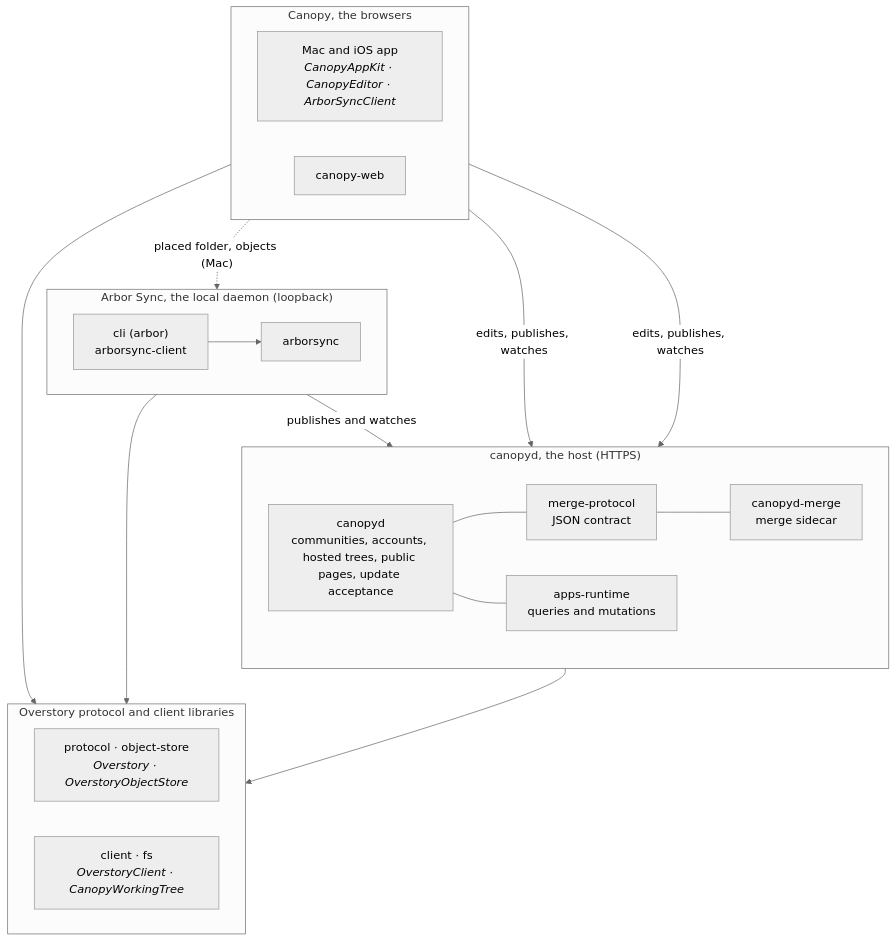
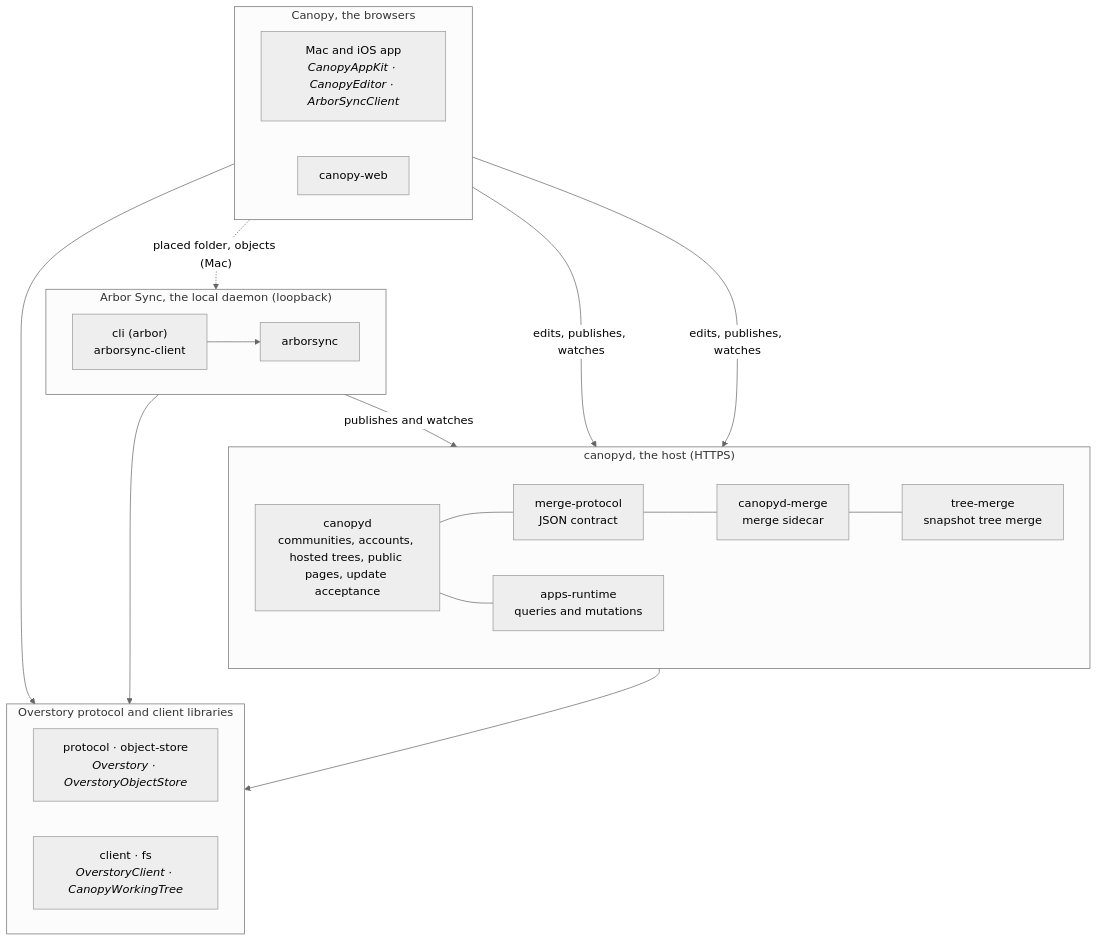
One commit to jxe/arbor changed the diagram in README.md. Above: the diagram before and after it, drawn with Mermaid (neutral theme). The commit also changed other lines of this file and 25 other files, not shown here.

First line of the commit message:
Move the snapshot tree merge into @overstory/tree-merge

````diff
--- a/README.md
+++ b/README.md
@@ -44,36 +44,38 @@
 ```mermaid
 flowchart TB
   subgraph proto["Overstory protocol and client libraries"]
     direction LR
     P["protocol · object-store<br/><i>Overstory · OverstoryObjectStore</i>"]
     C["client · fs<br/><i>OverstoryClient · CanopyWorkingTree</i>"]
   end
   subgraph host["canopyd, the host (HTTPS)"]
     direction LR
     D["canopyd<br/>communities, accounts, hosted trees, public pages, update acceptance"]
     M["canopyd-merge<br/>merge sidecar"]
     MP["merge-protocol<br/>JSON contract"]
+    TM["tree-merge<br/>snapshot tree merge"]
     AR["apps-runtime<br/>queries and mutations"]
   end
   subgraph arbor["Arbor Sync, the local daemon (loopback)"]
     direction LR
     AS["arborsync"]
     CLI["cli (arbor)<br/>arborsync-client"]
   end
   subgraph canopy["Canopy, the browsers"]
     direction LR
     APP["Mac and iOS app<br/><i>CanopyAppKit · CanopyEditor · ArborSyncClient</i>"]
     WEB["canopy-web"]
   end
   D --- MP
   MP --- M
+  M --- TM
   D --- AR
   AS -- "publishes and watches" --> D
   APP -- "edits, publishes, watches" --> D
   WEB -- "edits, publishes, watches" --> D
   APP -. "placed folder, objects (Mac)" .-> AS
   CLI --> AS
   host --> proto
   arbor --> proto
   canopy --> proto
 ```
````
